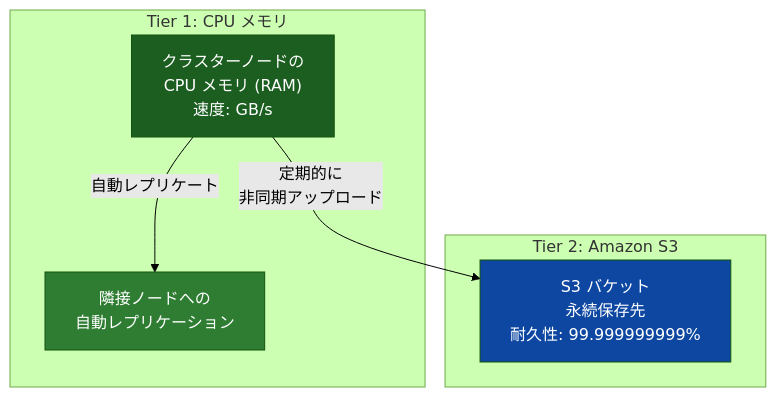
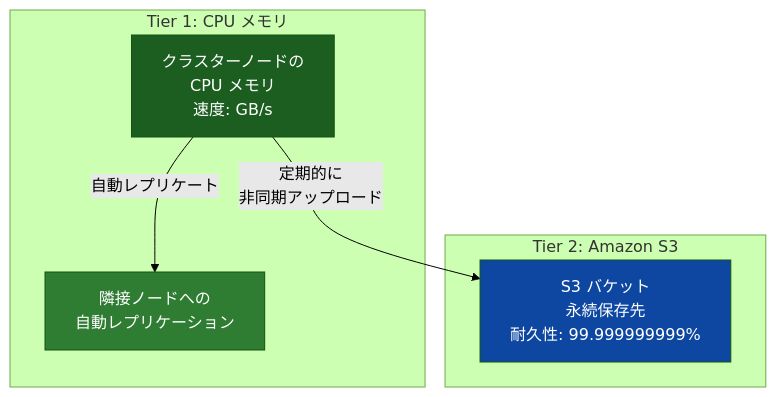
The second of 7 diagrams in articles/98e6a7acbac32e.md (littlemex/zenn), drawn with Mermaid (forest theme) before and after one commit. The commit also changed other lines of this file, not shown here.

````diff
--- a/articles/98e6a7acbac32e.md
+++ b/articles/98e6a7acbac32e.md
@@ -68,18 +69,18 @@
 ```mermaid
 graph TB
     subgraph "Tier 1: CPU メモリ"
-        M1["クラスターノードの<br/>CPU メモリ (RAM)<br/>速度: GB/s"]
+        M1["クラスターノードの<br/>CPU メモリ<br/>速度: GB/s"]
         M2["隣接ノードへの<br/>自動レプリケーション"]
     end
 
     subgraph "Tier 2: Amazon S3"
         S1["S3 バケット<br/>永続保存先<br/>耐久性: 99.999999999%"]
     end
 
     M1 -->|"自動レプリケート"| M2
     M1 -->|"定期的に<br/>非同期アップロード"| S1
 
     style M1 fill: #1b5e20,color: #ffffff
     style M2 fill: #2e7d32,color: #ffffff
     style S1 fill: #0d47a1,color: #ffffff
 ```
````
